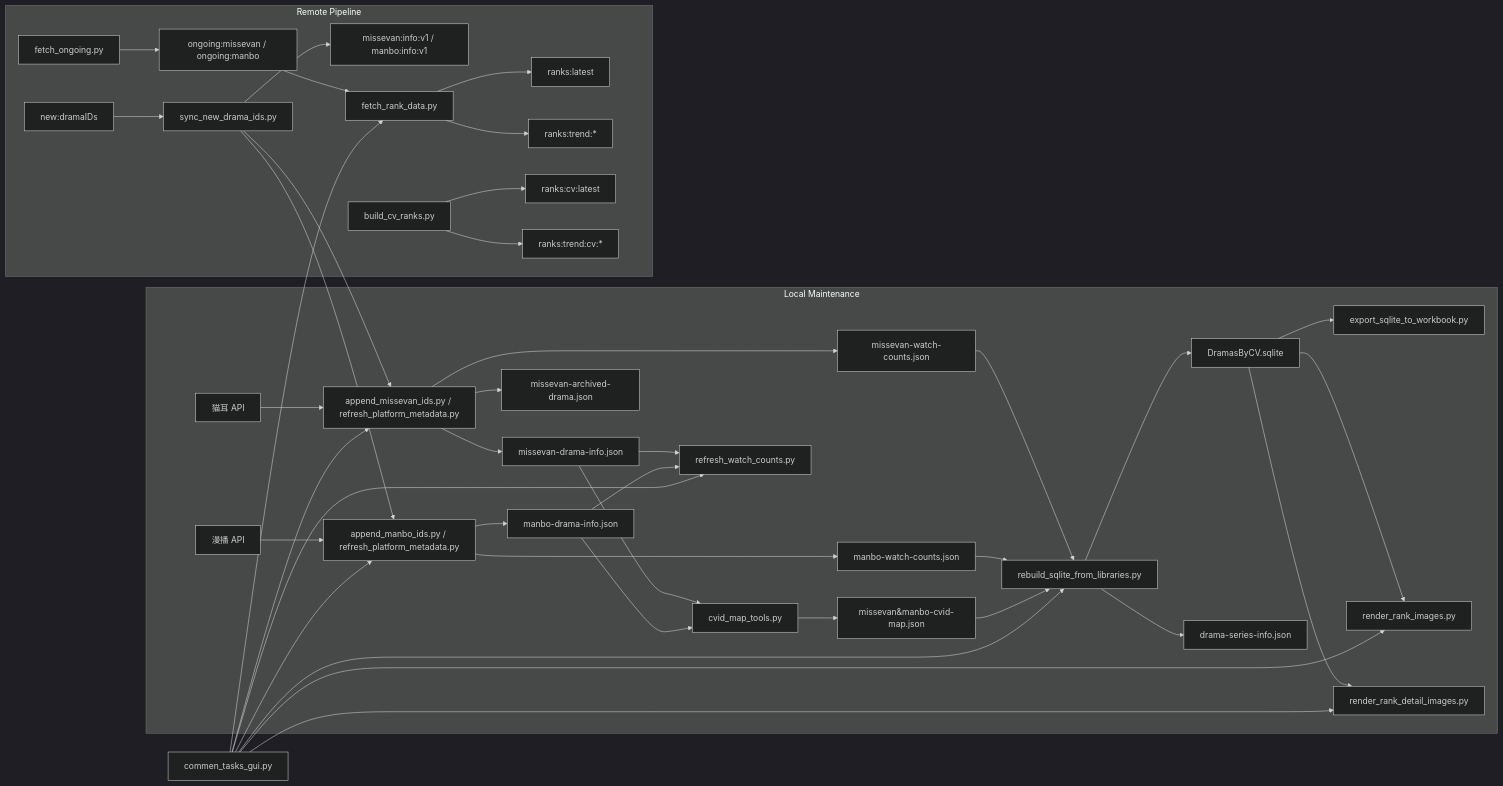
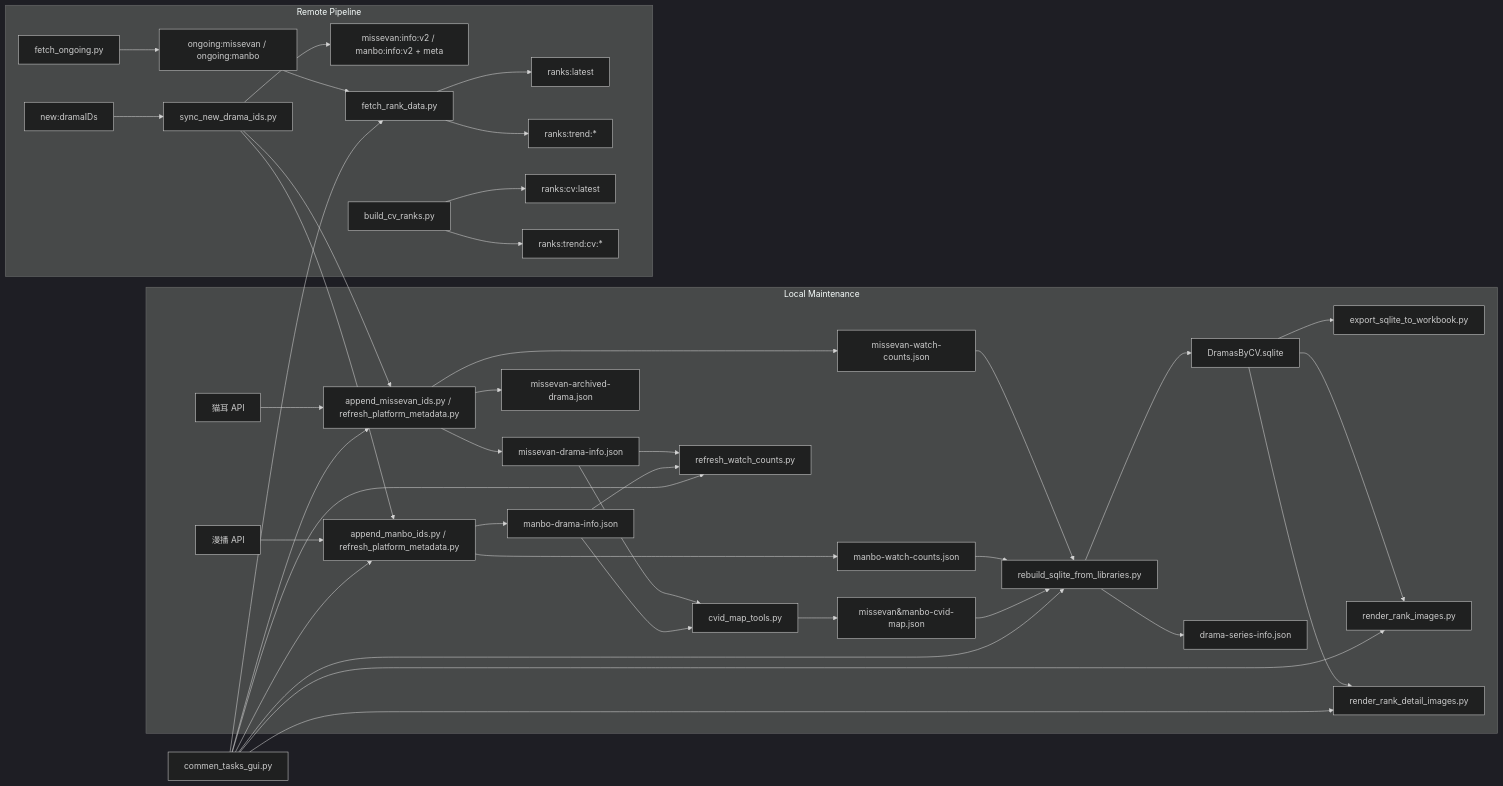
One commit to hyouyaka/PersonalDramaDatabase changed the diagram in PersonalDramaDatabase_architecture.md. Above: the diagram before and after it, drawn with Mermaid (dark theme). The commit also changed other lines of this file and 22 other files, not shown here.

````diff
--- a/PersonalDramaDatabase_architecture.md
+++ b/PersonalDramaDatabase_architecture.md
@@ -29,46 +29,46 @@
 ```mermaid
 flowchart LR
     subgraph Local Maintenance
         A[猫耳 API] --> B[append_missevan_ids.py / refresh_platform_metadata.py]
         C[漫播 API] --> D[append_manbo_ids.py / refresh_platform_metadata.py]
         B --> E[missevan-drama-info.json]
         B --> F[missevan-watch-counts.json]
         B --> G[missevan-archived-drama.json]
         D --> H[manbo-drama-info.json]
         D --> I[manbo-watch-counts.json]
         E --> J[cvid_map_tools.py]
         H --> J
         J --> K[missevan&manbo-cvid-map.json]
         E --> L[refresh_watch_counts.py]
         H --> L
         F --> M[rebuild_sqlite_from_libraries.py]
         I --> M
         K --> M
         M --> N[DramasByCV.sqlite]
         M --> O[drama-series-info.json]
         N --> P[export_sqlite_to_workbook.py]
         N --> Q[render_rank_images.py]
         N --> R[render_rank_detail_images.py]
     end
 
     subgraph Remote Pipeline
         S[new:dramaIDs] --> T[sync_new_drama_ids.py]
         T --> B
         T --> D
-        T --> U[missevan:info:v1 / manbo:info:v1]
+        T --> U[missevan:info:v2 / manbo:info:v2 + meta]
         V[fetch_ongoing.py] --> W[ongoing:missevan / ongoing:manbo]
         X[fetch_rank_data.py] --> Y[ranks:latest]
         X --> Z[ranks:trend:*]
         AC[build_cv_ranks.py] --> AD[ranks:cv:latest]
         AC --> AE[ranks:trend:cv:*]
         W --> X
     end
 
     AB[commen_tasks_gui.py] --> B
     AB --> D
     AB --> L
     AB --> M
     AB --> X
     AB --> Q
     AB --> R
 ```
````
